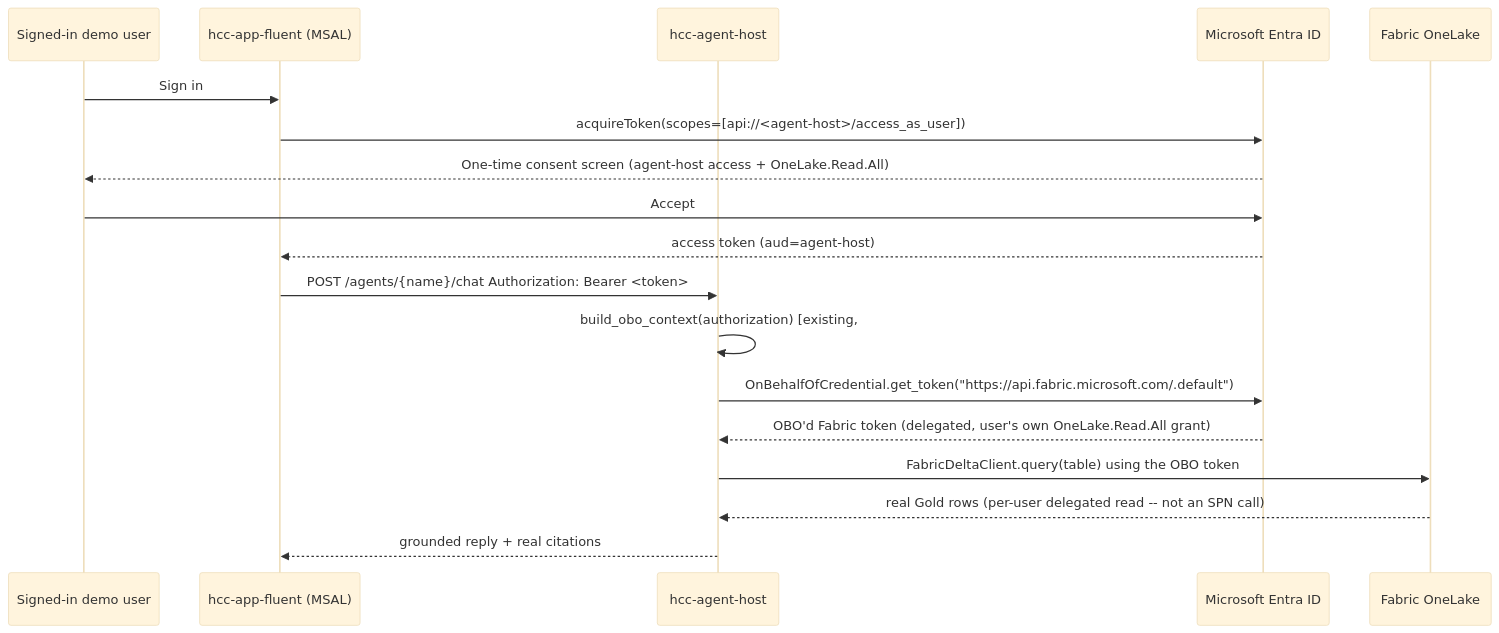
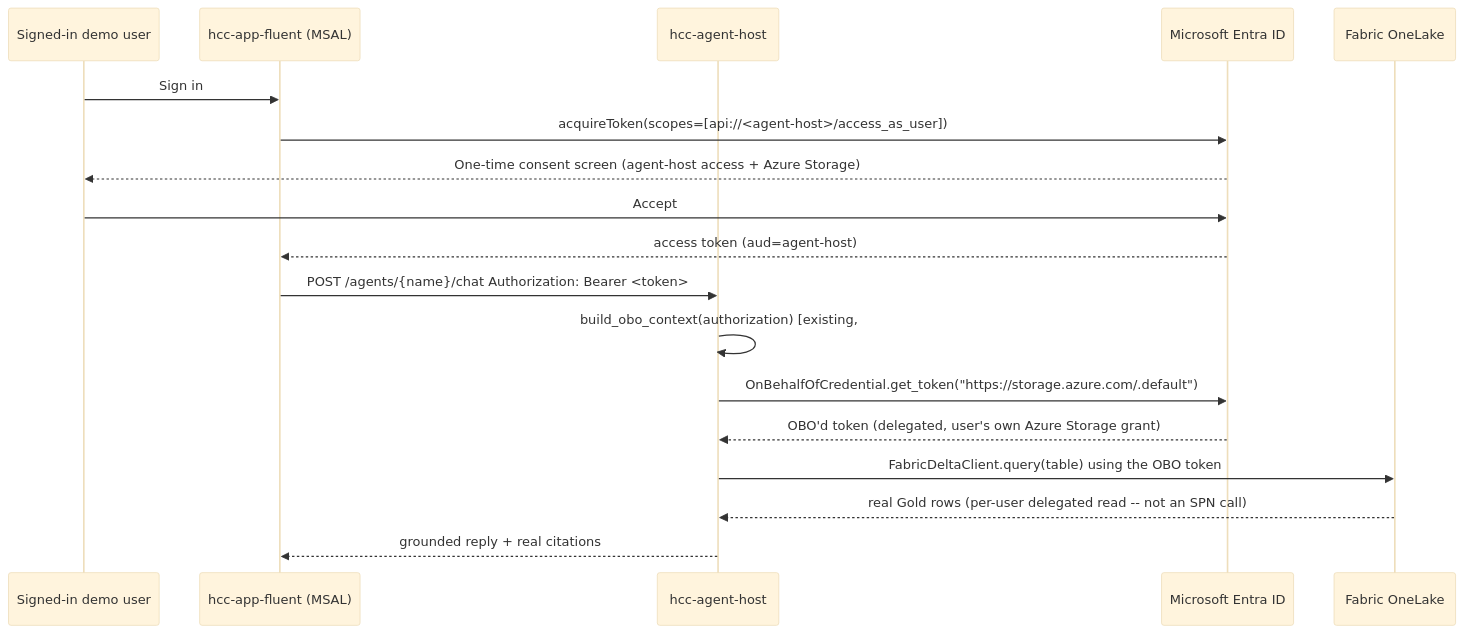
One commit to urruegg/SwissHospitalCapacityPlatform changed the diagram in docs/superpowers/specs/2026-08-09-obo-self-service-fabric-grounding-design.md. Above: the diagram before and after it, drawn with Mermaid (base theme). The commit also changed other lines of this file and 1 other file, not shown here.

Commit message:
docs(obo): record live validation - full OBO chain proven with zero Fabric admin

````diff
--- a/docs/superpowers/specs/2026-08-09-obo-self-service-fabric-grounding-design.md
+++ b/docs/superpowers/specs/2026-08-09-obo-self-service-fabric-grounding-design.md
@@ -160,21 +160,21 @@
 ```mermaid
 sequenceDiagram
     participant User as Signed-in demo user
     participant SPA as hcc-app-fluent (MSAL)
     participant Host as hcc-agent-host
     participant Entra as Microsoft Entra ID
     participant OneLake as Fabric OneLake
 
     User->>SPA: Sign in
     SPA->>Entra: acquireToken(scopes=[api://<agent-host>/access_as_user])
-    Entra-->>User: One-time consent screen (agent-host access + OneLake.Read.All)
+    Entra-->>User: One-time consent screen (agent-host access + Azure Storage)
     User->>Entra: Accept
     Entra-->>SPA: access token (aud=agent-host)
     SPA->>Host: POST /agents/{name}/chat  Authorization: Bearer <token>
     Host->>Host: build_obo_context(authorization)  [existing, #424 M5]
-    Host->>Entra: OnBehalfOfCredential.get_token("https://api.fabric.microsoft.com/.default")
-    Entra-->>Host: OBO'd Fabric token (delegated, user's own OneLake.Read.All grant)
+    Host->>Entra: OnBehalfOfCredential.get_token("https://storage.azure.com/.default")
+    Entra-->>Host: OBO'd token (delegated, user's own Azure Storage grant)
     Host->>OneLake: FabricDeltaClient.query(table) using the OBO token
     OneLake-->>Host: real Gold rows (per-user delegated read -- not an SPN call)
     Host-->>SPA: grounded reply + real citations
 ```
````
